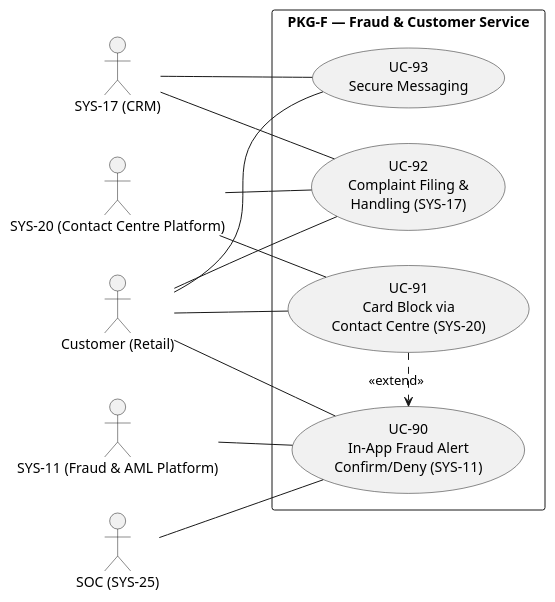
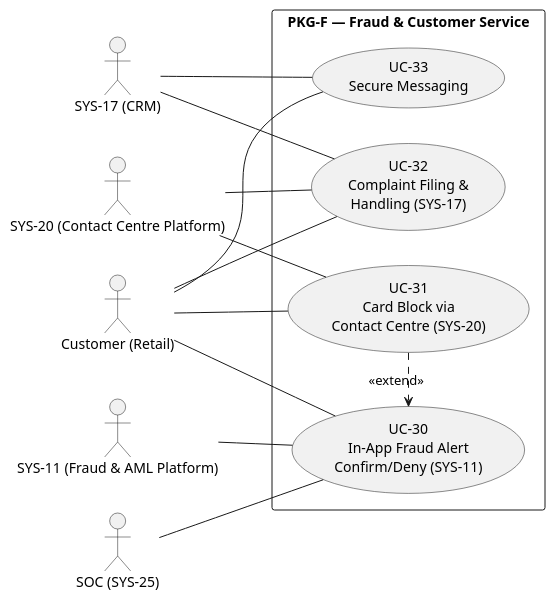
Before and after one commit to pauloribeiro16/Methodology_compact: the seventh of 8 diagrams in 02_CASES/Case_03_OmniBank_Financial/03_PHASE3_DECOMPOSITION/annexes/A_Use_Case_Diagrams.md, drawn with PlantUML. The commit also changed other lines of this file and 23 other files, not shown here.

````diff
--- a/02_CASES/Case_03_OmniBank_Financial/03_PHASE3_DECOMPOSITION/annexes/A_Use_Case_Diagrams.md
+++ b/02_CASES/Case_03_OmniBank_Financial/03_PHASE3_DECOMPOSITION/annexes/A_Use_Case_Diagrams.md
@@ -294,27 +294,27 @@
 ```plantuml
 @startuml
 left to right direction
 actor "Customer (Retail)" as CUST
 actor "SYS-11 (Fraud & AML Platform)" as SYS11
 actor "SYS-20 (Contact Centre Platform)" as SYS20
 actor "SYS-17 (CRM)" as SYS17
 actor "SOC (SYS-25)" as SOC25
 rectangle "PKG-F — Fraud & Customer Service" {
-usecase "UC-90\nIn-App Fraud Alert\nConfirm/Deny (SYS-11)" as UC90
-usecase "UC-91\nCard Block via\nContact Centre (SYS-20)" as UC91
-usecase "UC-92\nComplaint Filing &\nHandling (SYS-17)" as UC92
-usecase "UC-93\nSecure Messaging" as UC93
+usecase "UC-30\nIn-App Fraud Alert\nConfirm/Deny (SYS-11)" as UC90
+usecase "UC-31\nCard Block via\nContact Centre (SYS-20)" as UC91
+usecase "UC-32\nComplaint Filing &\nHandling (SYS-17)" as UC92
+usecase "UC-33\nSecure Messaging" as UC93
 }
 CUST -- UC90
 CUST -- UC91
 CUST -- UC92
 CUST -- UC93
 SYS11 -- UC90
 SYS20 -- UC91
 SYS20 -- UC92
 SYS17 -- UC92
 SYS17 -- UC93
 SOC25 -- UC90
 UC91 .> UC90 : <<extend>>
 @enduml
 ```
````
